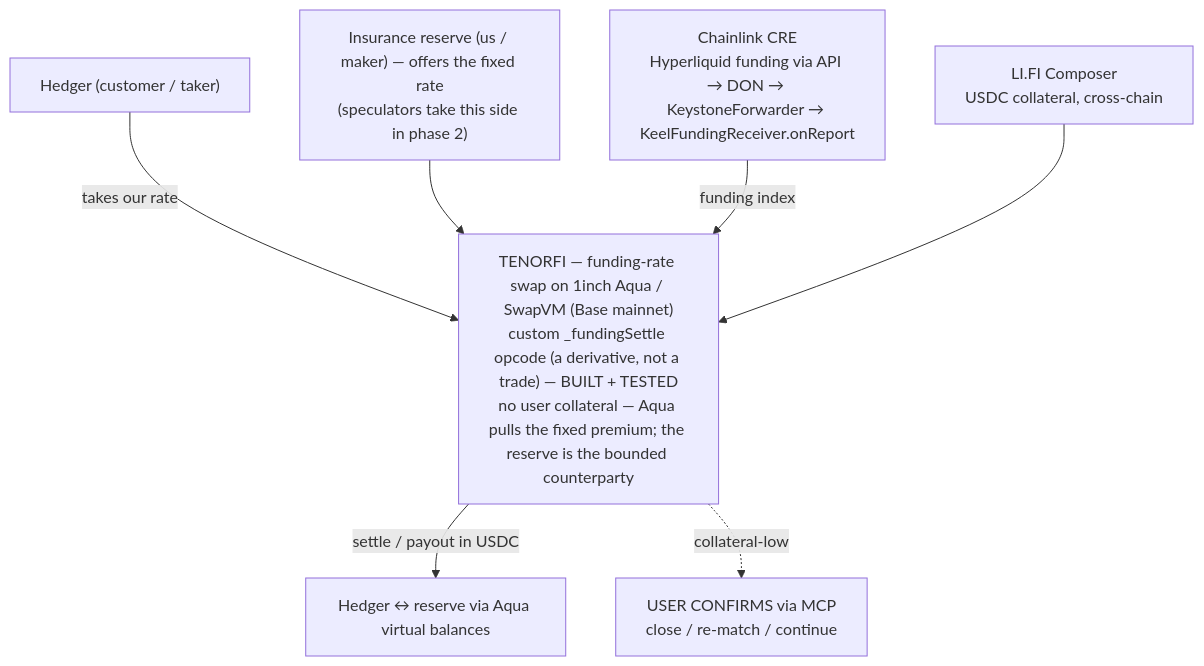
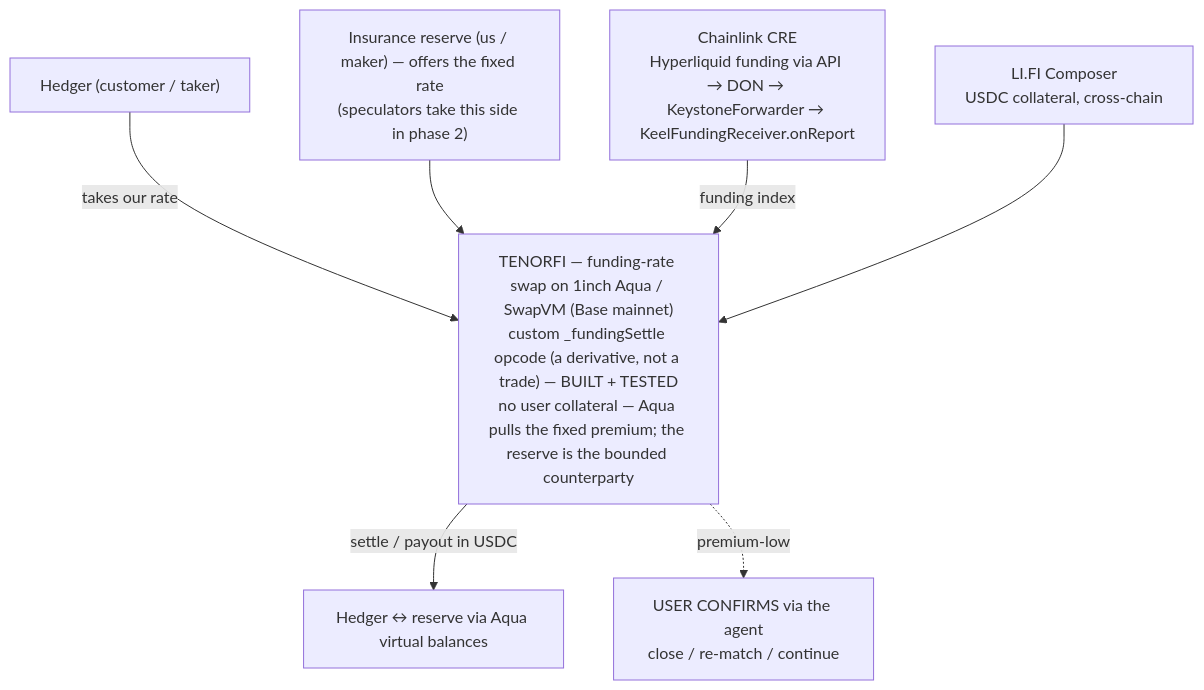
One commit to 0xYudhishthra/TenorFi changed the first of 2 diagrams in docs/design-doc.md. Above: the diagram before and after it, drawn with Mermaid. The commit also changed other lines of this file and 7 other files, not shown here.

````diff
--- a/docs/design-doc.md
+++ b/docs/design-doc.md
@@ -117,10 +115,10 @@
 ```mermaid
 flowchart TB
     HEDGER["Hedger (customer / taker)"] -->|takes our rate| TENORFI
     RESERVE["Insurance reserve (us / maker) — offers the fixed rate<br/>(speculators take this side in phase 2)"] --> TENORFI
     CRE["Chainlink CRE<br/>Hyperliquid funding via API → DON → KeystoneForwarder → KeelFundingReceiver.onReport"] -->|funding index| TENORFI
     LIFI["LI.FI Composer<br/>USDC collateral, cross-chain"] --> TENORFI
     TENORFI["TENORFI — funding-rate swap on 1inch Aqua / SwapVM (Base mainnet)<br/>custom _fundingSettle opcode (a derivative, not a trade) — BUILT + TESTED<br/>no user collateral — Aqua pulls the fixed premium; the reserve is the bounded counterparty"]
     TENORFI -->|settle / payout in USDC| OUT["Hedger ↔ reserve via Aqua virtual balances"]
-    TENORFI -.->|collateral-low| BRINK["USER CONFIRMS via MCP<br/>close / re-match / continue"]
+    TENORFI -.->|premium-low| BRINK["USER CONFIRMS via the agent<br/>close / re-match / continue"]
 ```
````
